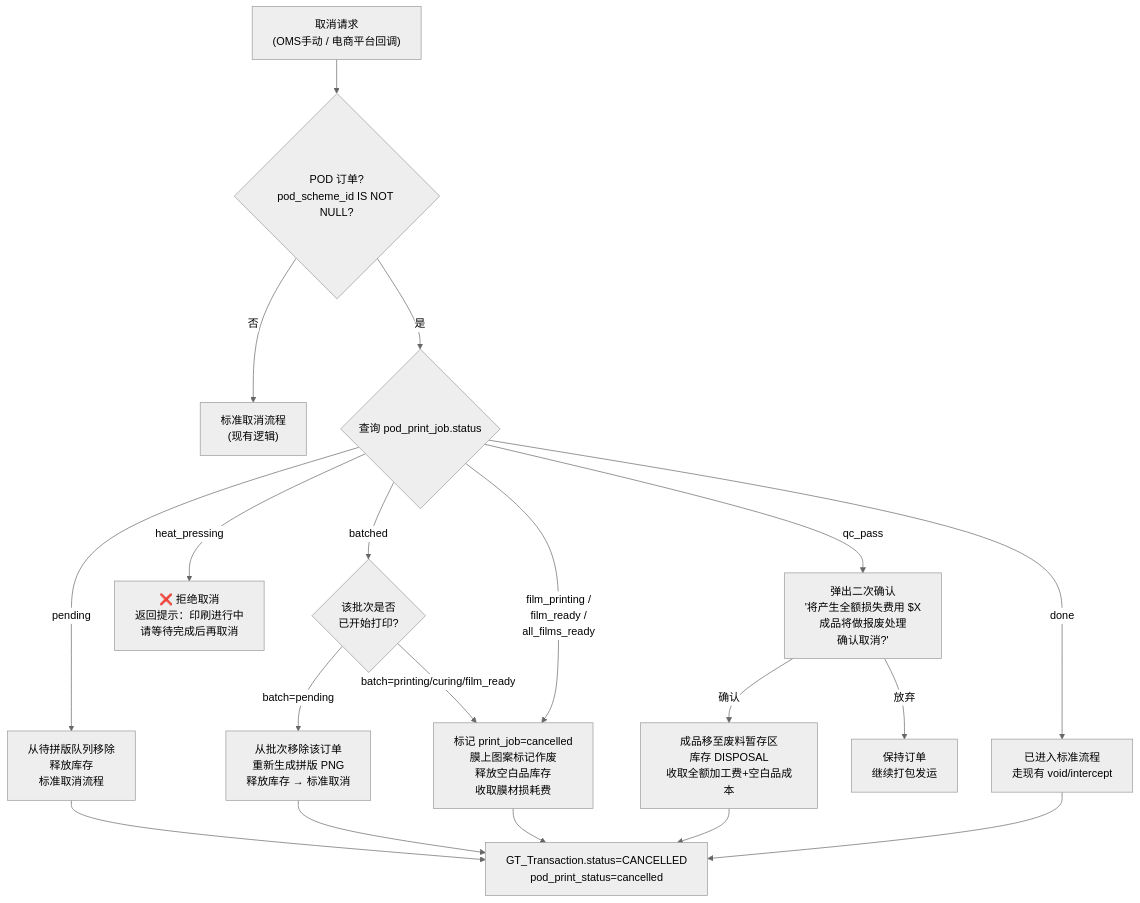
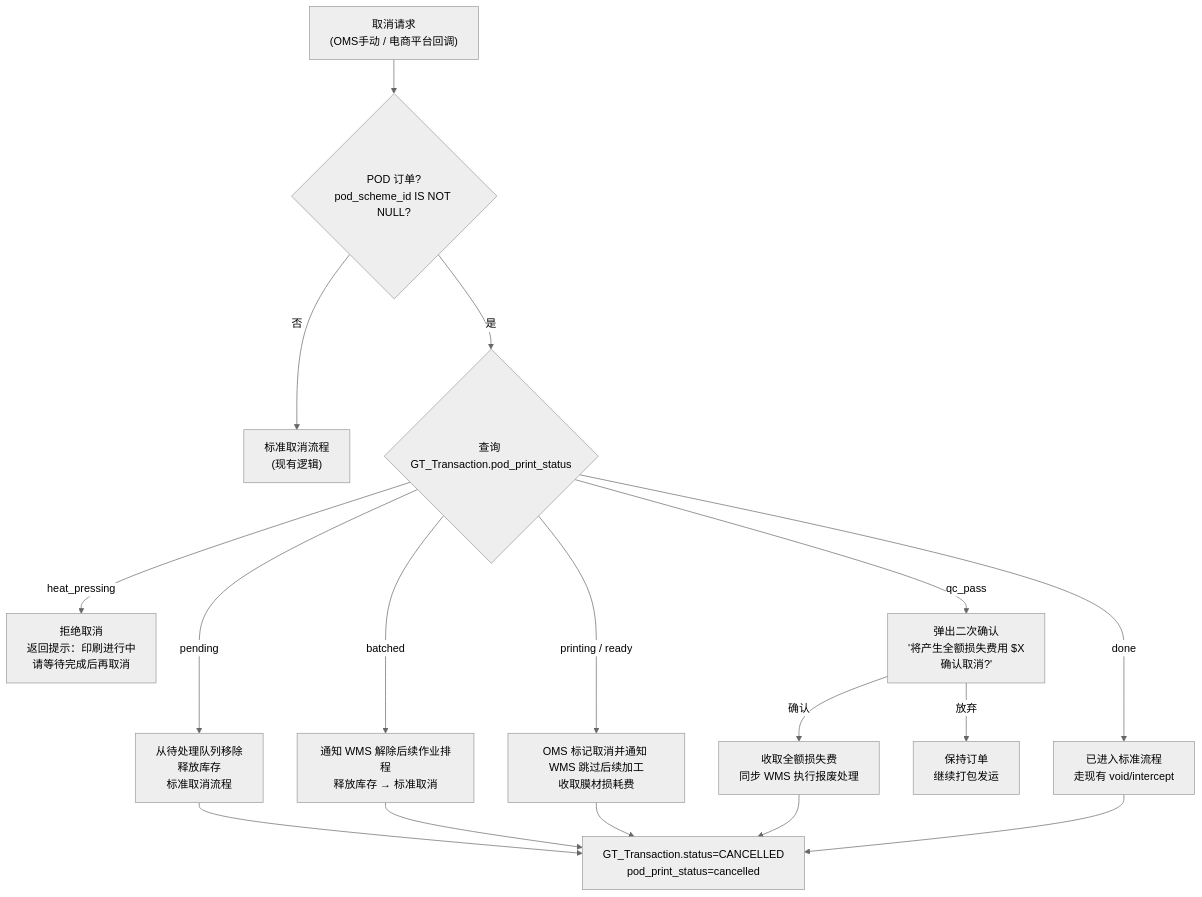
The eighth of 9 diagrams in Dennis_PM/prds/pod-design-studio/5-PRD-20260324-v5-ShipSage-卖家设计器.md (dennishe629-del/dennis_pm), drawn with Mermaid (neutral theme) before and after one commit. The commit also changed other lines of this file and 27 other files, not shown here.

````diff
--- a/Dennis_PM/prds/pod-design-studio/5-PRD-20260324-v5-ShipSage-卖家设计器.md
+++ b/Dennis_PM/prds/pod-design-studio/5-PRD-20260324-v5-ShipSage-卖家设计器.md
@@ -2439,28 +1549,21 @@
 ```mermaid
 flowchart TD
     A["取消请求<br>(OMS手动 / 电商平台回调)"] --> AA{"POD 订单?<br>pod_scheme_id IS NOT NULL?"}
     AA -- "否" --> AB["标准取消流程<br>(现有逻辑)"]
-    AA -- "是" --> B{"查询 pod_print_job.status"}
+    AA -- "是" --> B{"查询 GT_Transaction.pod_print_status"}
 
-    B -- "pending" --> C1["从待拼版队列移除<br>释放库存<br>标准取消流程"]
-
-    B -- "batched" --> C2{"该批次是否<br>已开始打印?"}
-    C2 -- "batch=pending" --> C2a["从批次移除该订单<br>重新生成拼版 PNG<br>释放库存 → 标准取消"]
-    C2 -- "batch=printing/curing/film_ready" --> C3
-
-    B -- "film_printing /<br>film_ready /<br>all_films_ready" --> C3["标记 print_job=cancelled<br>膜上图案标记作废<br>释放空白品库存<br>收取膜材损耗费"]
-
-    B -- "heat_pressing" --> C4["❌ 拒绝取消<br>返回提示：印刷进行中<br>请等待完成后再取消"]
-
-    B -- "qc_pass" --> C5["弹出二次确认<br>'将产生全额损失费用 $X<br>成品将做报废处理<br>确认取消?'"]
-    C5 -- "确认" --> C5a["成品移至废料暂存区<br>库存 DISPOSAL<br>收取全额加工费+空白品成本"]
+    B -- "pending" --> C1["从待处理队列移除<br>释放库存<br>标准取消流程"]
+    B -- "batched" --> C2["通知 WMS 解除后续作业排程<br>释放库存 → 标准取消"]
+    B -- "printing / ready" --> C3["OMS 标记取消并通知 WMS 跳过后续加工<br>收取膜材损耗费"]
+    B -- "heat_pressing" --> C4["拒绝取消<br>返回提示：印刷进行中<br>请等待完成后再取消"]
+    B -- "qc_pass" --> C5["弹出二次确认<br>'将产生全额损失费用 $X<br>确认取消?'"]
+    C5 -- "确认" --> C5a["收取全额损失费<br>同步 WMS 执行报废处理"]
     C5 -- "放弃" --> C5b["保持订单<br>继续打包发运"]
-
     B -- "done" --> C6["已进入标准流程<br>走现有 void/intercept"]
 
     C1 --> D["GT_Transaction.status=CANCELLED<br>pod_print_status=cancelled"]
-    C2a --> D
+    C2 --> D
     C3 --> D
     C5a --> D
     C6 --> D
 ```
````
